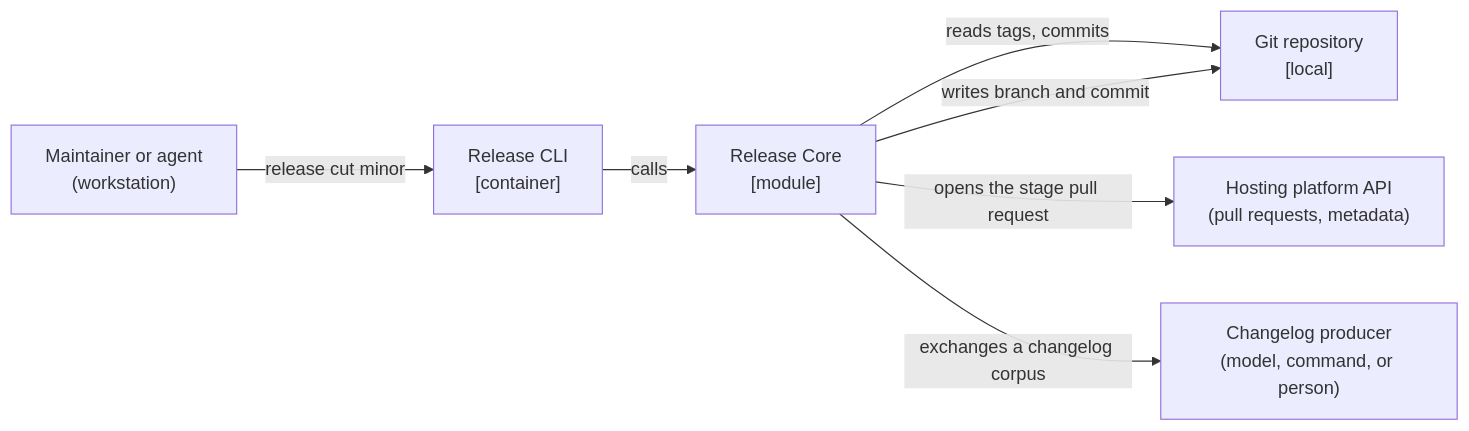
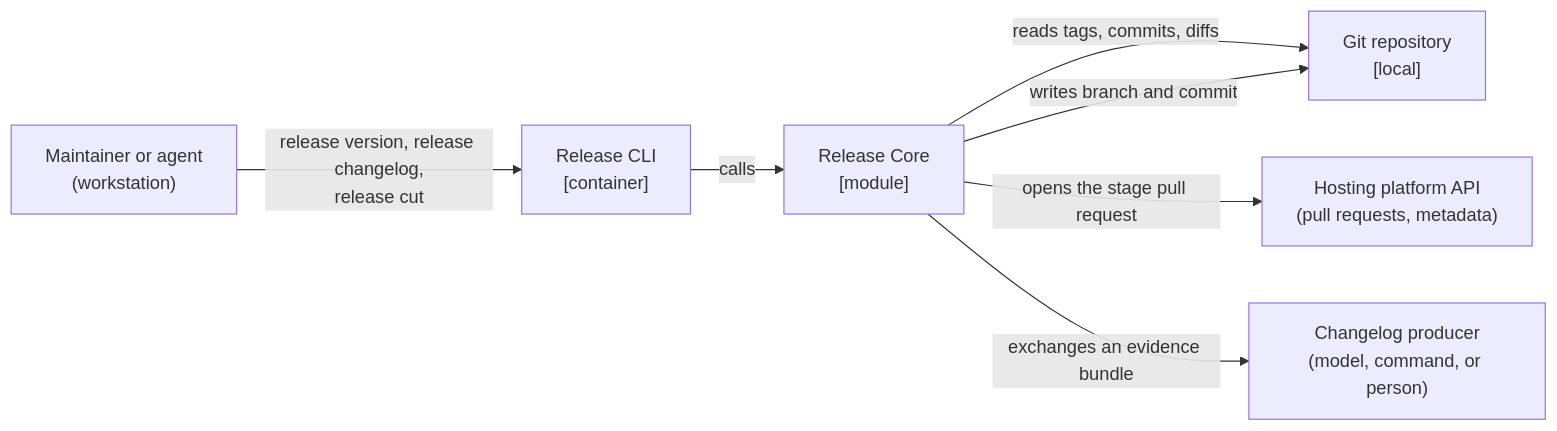
One commit to brettcallaghan/release changed the diagram in specs/containers/release-cli/release-cli-container.md. Above: the diagram before and after it, drawn with Mermaid. The commit also changed other lines of this file and 253 other files, not shown here.

````diff
--- a/specs/containers/release-cli/release-cli-container.md
+++ b/specs/containers/release-cli/release-cli-container.md
@@ -36,16 +37,16 @@
 ```mermaid
 flowchart LR
   maintainer["Maintainer or agent<br/>(workstation)"]
   cli["Release CLI<br/>[container]"]
   core["Release Core<br/>[module]"]
   producer["Changelog producer<br/>(model, command, or person)"]
   git["Git repository<br/>[local]"]
   platform["Hosting platform API<br/>(pull requests, metadata)"]
 
-  maintainer -->|"release cut minor"| cli
+  maintainer -->|"release version, release changelog,<br/>release cut"| cli
   cli -->|"calls"| core
-  core -->|"reads tags, commits"| git
+  core -->|"reads tags, commits, diffs"| git
   core -->|"writes branch and commit"| git
   core -->|"opens the stage pull request"| platform
-  core -->|"exchanges a changelog corpus"| producer
+  core -->|"exchanges an evidence bundle"| producer
 ```
````
